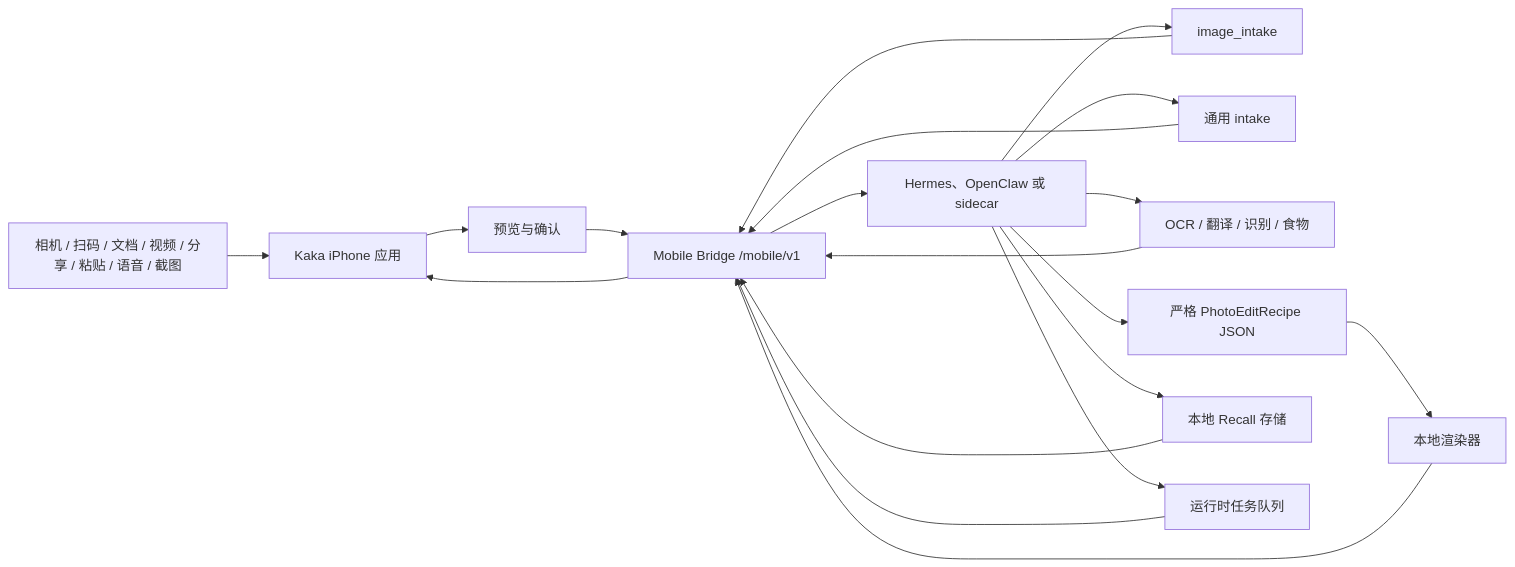
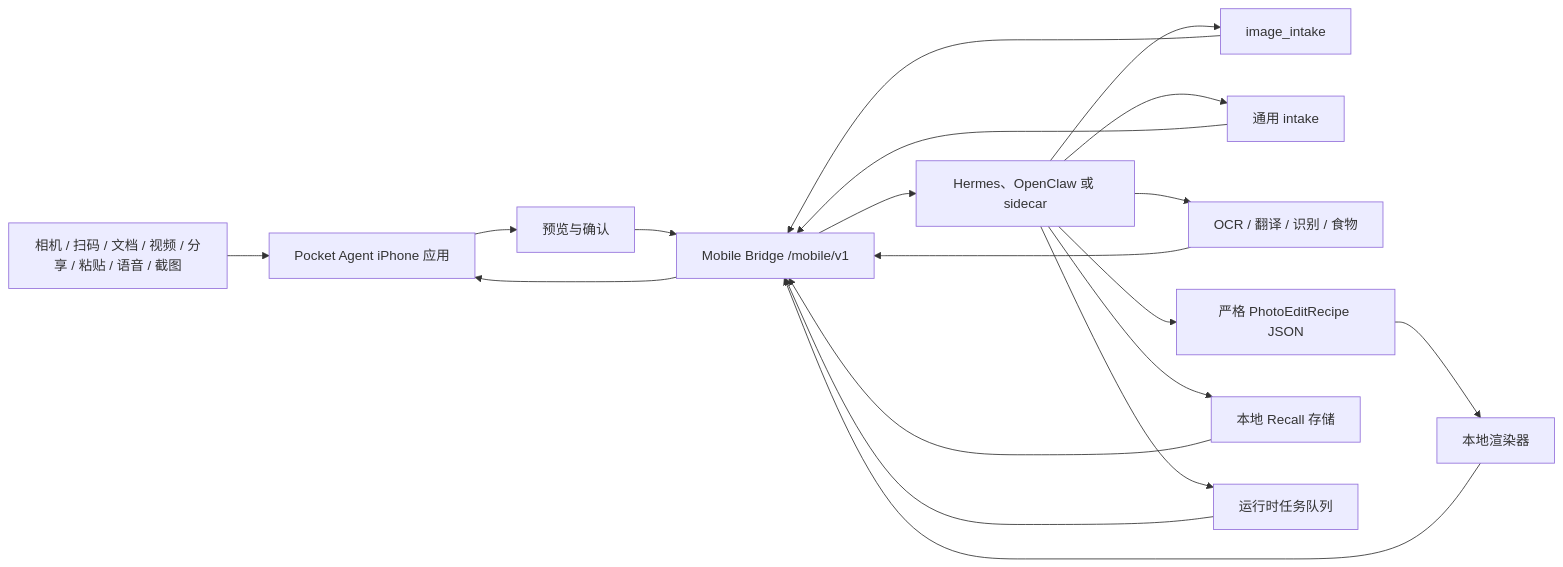
The diagram in README.zh-CN.md (MightyKartz/kaka), drawn with Mermaid before and after one commit. The commit also changed other lines of this file and 193 other files, not shown here.

Commit message:
Refine local agent lens UI and bridge flows

````diff
--- a/README.zh-CN.md
+++ b/README.zh-CN.md
@@ -38,21 +38,21 @@
 ```mermaid
 flowchart LR
-  Inputs["相机 / 扫码 / 文档 / 视频 / 分享 / 粘贴 / 语音 / 截图"] --> Phone["Kaka iPhone 应用"]
+  Inputs["相机 / 扫码 / 文档 / 视频 / 分享 / 粘贴 / 语音 / 截图"] --> Phone["Pocket Agent iPhone 应用"]
   Phone --> Consent["预览与确认"]
   Consent --> Bridge["Mobile Bridge /mobile/v1"]
   Bridge --> Runtime["Hermes、OpenClaw 或 sidecar"]
   Runtime --> ImageIntake["image_intake"]
   Runtime --> Universal["通用 intake"]
   Runtime --> Vision["OCR / 翻译 / 识别 / 食物"]
   Runtime --> Recipe["严格 PhotoEditRecipe JSON"]
   Runtime --> Recall["本地 Recall 存储"]
   Runtime --> Tasks["运行时任务队列"]
   Recipe --> Renderer["本地渲染器"]
   ImageIntake --> Bridge
   Universal --> Bridge
   Vision --> Bridge
   Renderer --> Bridge
   Recall --> Bridge
   Tasks --> Bridge
   Bridge --> Phone
 ```
````
